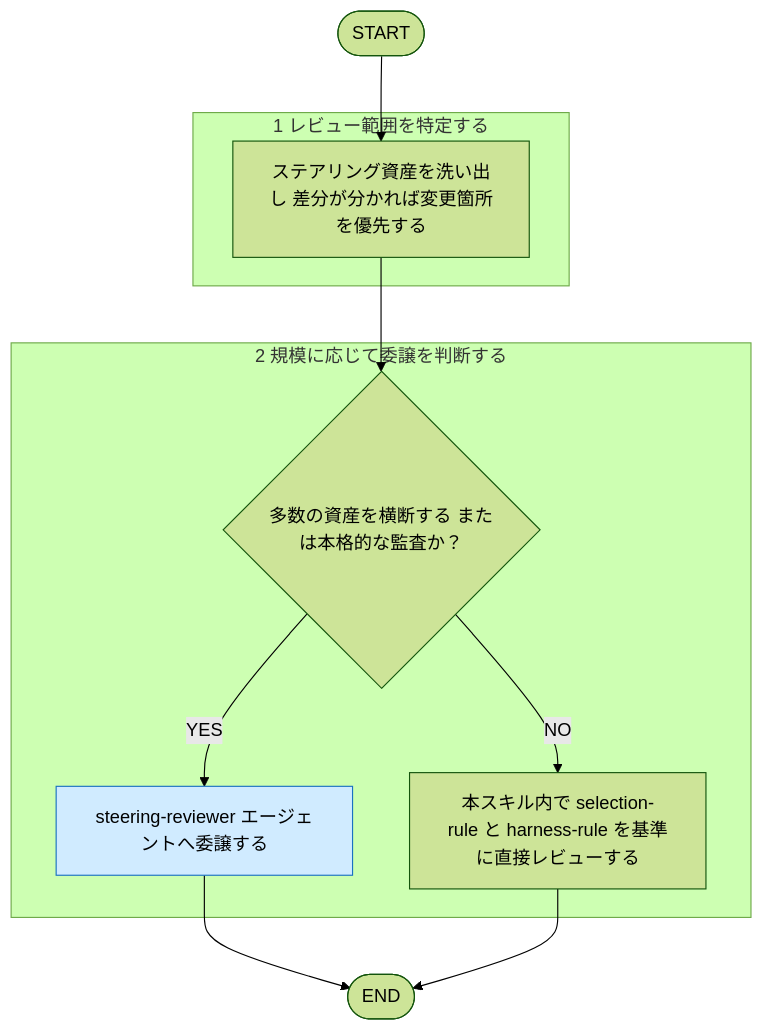
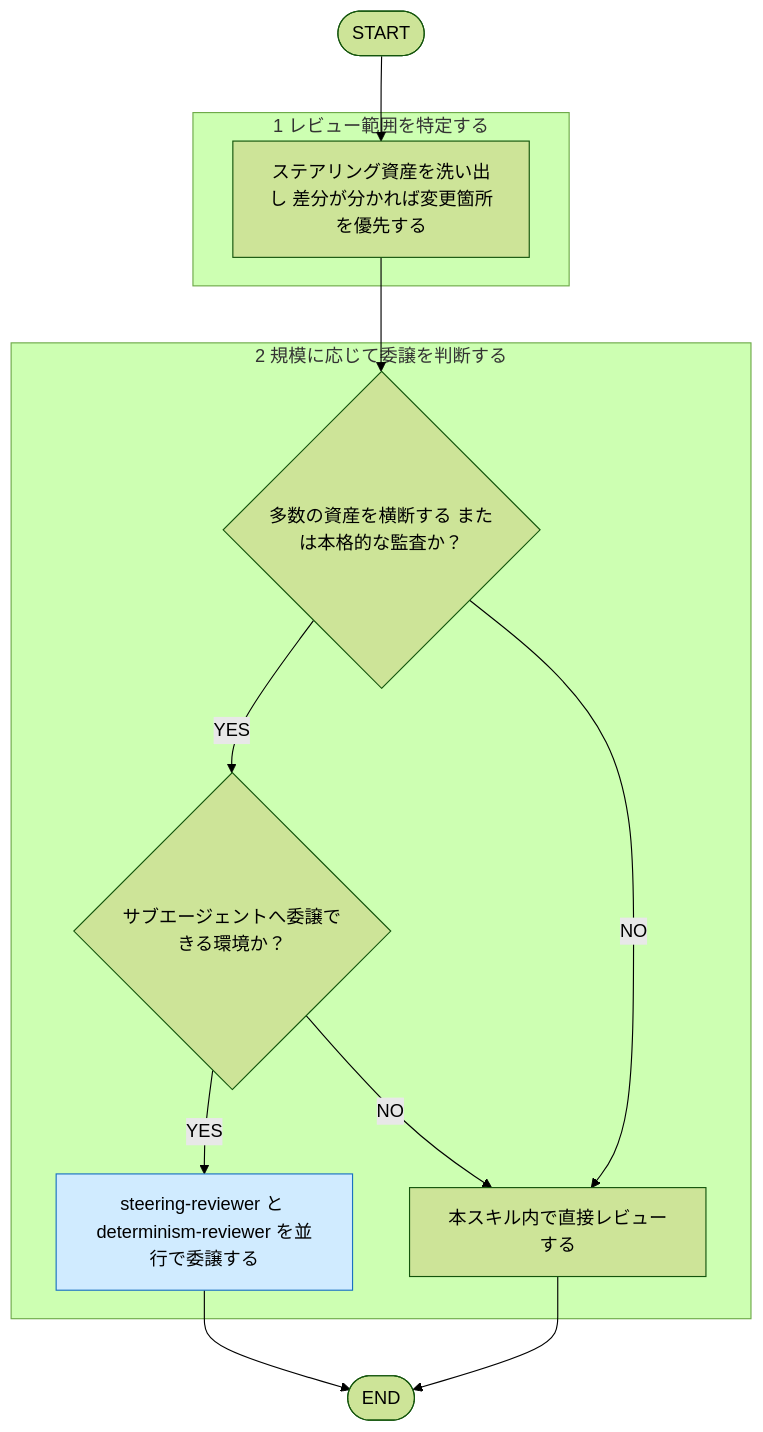
Before and after one commit to kokuto821/matagi: the diagram in plugins/matagi-kaji/skills/harness-review/SKILL.md, drawn with Mermaid (forest theme). The commit also changed other lines of this file and 1 other file, not shown here.

Commit message:
#105 feat: スクリプト化候補も同時に検出するため harness-review から determinism-reviewer を並行委譲する

````diff
--- a/plugins/matagi-kaji/skills/harness-review/SKILL.md
+++ b/plugins/matagi-kaji/skills/harness-review/SKILL.md
@@ -35,25 +36,28 @@
 ```mermaid
 flowchart TD
     START(["START"])
     END(["END"])
 
     subgraph L1["1 レビュー範囲を特定する"]
         S1a["ステアリング資産を洗い出し 差分が分かれば変更箇所を優先する"]
     end
 
     subgraph L2["2 規模に応じて委譲を判断する"]
         S2a{"多数の資産を横断する または本格的な監査か？"}
-        S2b["steering-reviewer エージェントへ委譲する"]
-        S2c["本スキル内で selection-rule と harness-rule を基準に直接レビューする"]
-        S2a -->|YES| S2b
+        S2d{"サブエージェントへ委譲できる環境か？"}
+        S2b["steering-reviewer と determinism-reviewer を並行で委譲する"]
+        S2c["本スキル内で直接レビューする"]
+        S2a -->|YES| S2d
         S2a -->|NO| S2c
+        S2d -->|YES| S2b
+        S2d -->|NO| S2c
     end
 
     START --> S1a
     S1a --> S2a
     S2b --> END
     S2c --> END
 
     classDef delegate fill:#d0ebff,stroke:#1971c2,color:#000
     class S2b delegate
 ```
````
